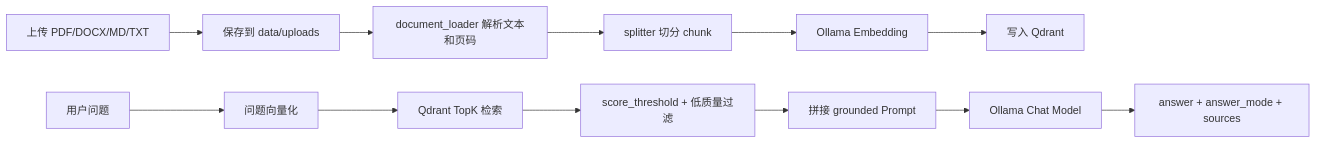
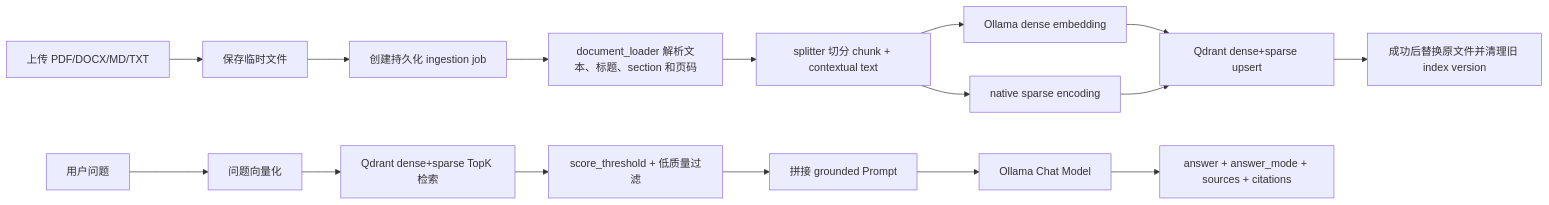
Before and after one commit to lazy0622/llm-paper-rag-assistant: the second of 4 diagrams in docs/project_full_summary.md, drawn with Mermaid. The commit also changed other lines of this file and 32 other files, not shown here.

````diff
--- a/docs/project_full_summary.md
+++ b/docs/project_full_summary.md
@@ -185,15 +210,19 @@
 ```mermaid
 flowchart LR
-    Upload["上传 PDF/DOCX/MD/TXT"] --> Save["保存到 data/uploads"]
-    Save --> Parse["document_loader 解析文本和页码"]
-    Parse --> Split["splitter 切分 chunk"]
-    Split --> Embed["Ollama Embedding"]
-    Embed --> Upsert["写入 Qdrant"]
+    Upload["上传 PDF/DOCX/MD/TXT"] --> Save["保存临时文件"]
+    Save --> Job["创建持久化 ingestion job"]
+    Job --> Parse["document_loader 解析文本、标题、section 和页码"]
+    Parse --> Split["splitter 切分 chunk + contextual text"]
+    Split --> Embed["Ollama dense embedding"]
+    Split --> Sparse["native sparse encoding"]
+    Embed --> Upsert["Qdrant dense+sparse upsert"]
+    Sparse --> Upsert
+    Upsert --> Replace["成功后替换原文件并清理旧 index version"]
 
     Question["用户问题"] --> QEmbed["问题向量化"]
-    QEmbed --> Search["Qdrant TopK 检索"]
+    QEmbed --> Search["Qdrant dense+sparse TopK 检索"]
     Search --> Filter["score_threshold + 低质量过滤"]
     Filter --> Prompt["拼接 grounded Prompt"]
     Prompt --> Chat["Ollama Chat Model"]
-    Chat --> Answer["answer + answer_mode + sources"]
+    Chat --> Answer["answer + answer_mode + sources + citations"]
 ```
````
